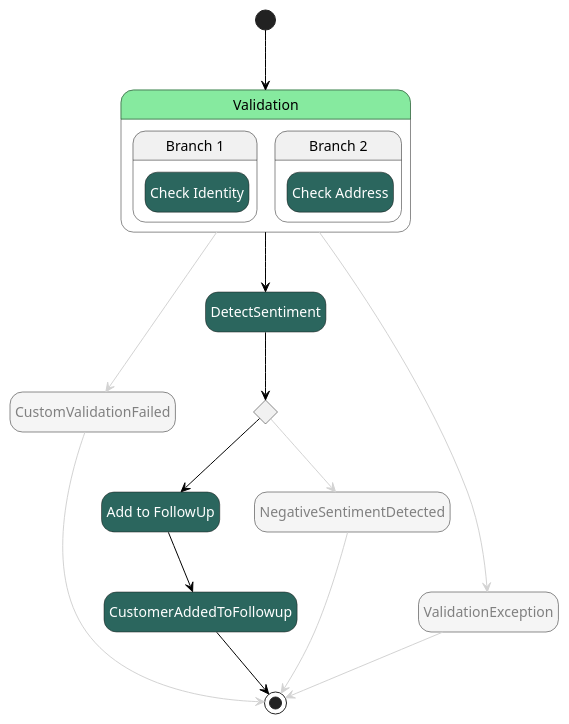
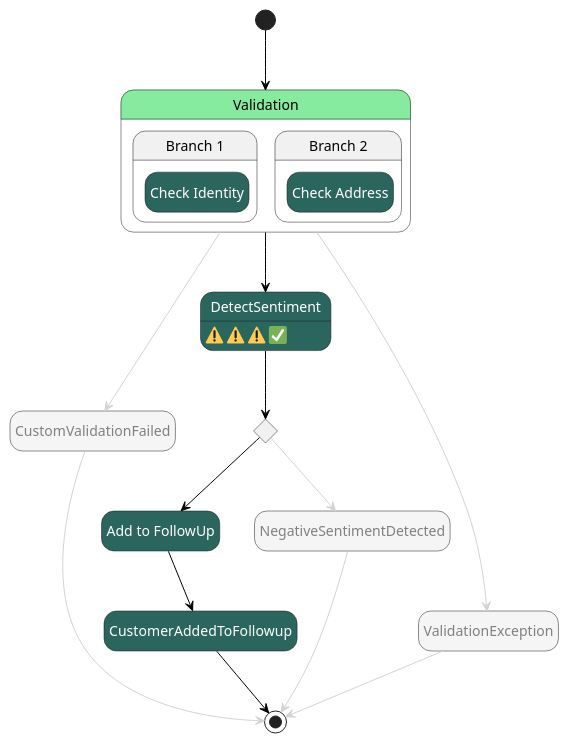
The diagram in src/example-crm/.asl-puml/RetryOnServiceExceptionTest.puml (massfords/asl-mock), drawn with PlantUML before and after one commit. The commit also changed 9 other files, not shown here.

```diff
--- a/src/example-crm/.asl-puml/RetryOnServiceExceptionTest.puml
+++ b/src/example-crm/.asl-puml/RetryOnServiceExceptionTest.puml
@@ -1,58 +1,58 @@
 @startuml
 hide empty description
 skinparam ArrowColor #black
 skinparam state {
 
     BackgroundColor<<Choice>> #whitesmoke
     FontColor<<Choice>> automatic
 
     BackgroundColor<<aslParallel>> #whitesmoke
 
     BackgroundColor<<aslTask>> #lightblue
     FontColor<<aslTask>> automatic
     BackgroundColor<<Compensate>> #orange
     FontColor<<CustomStyle0>> automatic
     BackgroundColor<<CustomStyle0>> #86ea9f
     FontColor<<CustomStyle1>> automatic
     BackgroundColor<<CustomStyle1>> #2b665e
     FontColor<<CustomStyle2>> automatic
     BackgroundColor<<CustomStyle2>> #2b665e
     FontColor<<CustomStyle3>> automatic
     BackgroundColor<<CustomStyle3>> #2b665e
     FontColor<<CustomStyle4>> automatic
     BackgroundColor<<CustomStyle4>> #86ea9f
     FontColor<<CustomStyle5>> automatic
     BackgroundColor<<CustomStyle5>> #2b665e
     FontColor<<CustomStyle6>> automatic
     BackgroundColor<<CustomStyle6>> #2b665e
     FontColor<<CustomStyle7>> gray
     BackgroundColor<<CustomStyle7>> #whitesmoke
 }
 state "Add to FollowUp" as state7<<CustomStyle5>>
 state "CustomValidationFailed" as state6<<CustomStyle7>>
 state "CustomerAddedToFollowup" as state8<<CustomStyle6>>
-state "DetectSentiment" as state2<<CustomStyle3>>
+state "DetectSentiment" as state2<<CustomStyle3>>: <:warning:> <:warning:> <:warning:> <:white_check_mark:>
 state "Is Positive \nSentiment?" as state4<<Choice>>
 state "NegativeSentimentDetected" as state5<<CustomStyle7>>
 state "Validation" as state1<<CustomStyle0>> {
 state "Branch 1" as state1_1 {
-state "Check Identity" as state9<<CustomStyle2>>
+state "Check Identity" as state9<<CustomStyle1>>
 }
 state "Branch 2" as state1_2 {
-state "Check Address" as state10<<CustomStyle1>>
+state "Check Address" as state10<<CustomStyle2>>
 }
 }
 state "ValidationException" as state3<<CustomStyle7>>
 [*] --> state1
 state1 --> state2
 state1 -[#lightgray]-> state6
 state1 -[#lightgray]-> state3
 state2 --> state4
 state3 -[#lightgray]-> [*]
 state4 --> state7
 state4 -[#lightgray]-> state5
 state5 -[#lightgray]-> [*]
 state6 -[#lightgray]-> [*]
 state7 --> state8
 state8 --> [*]
 @enduml
```
